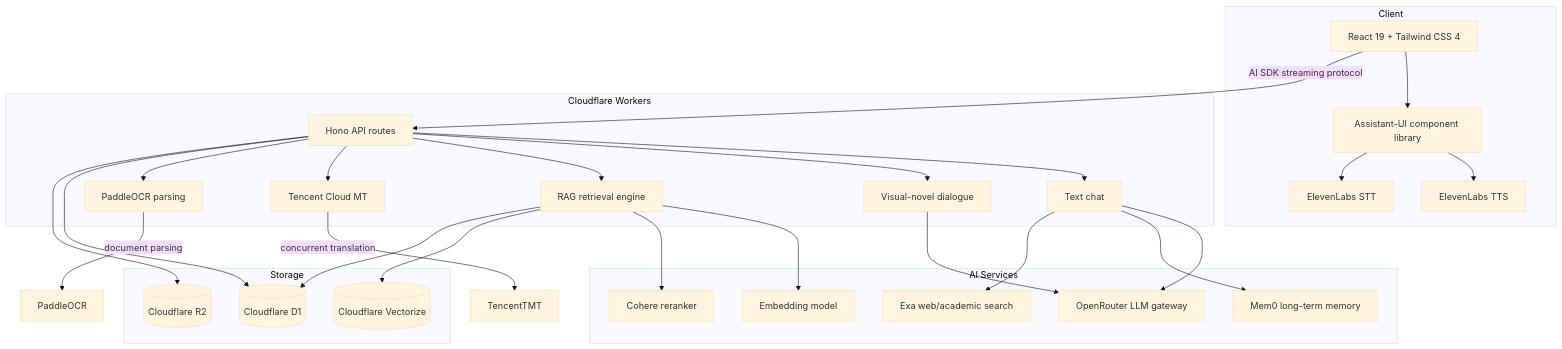
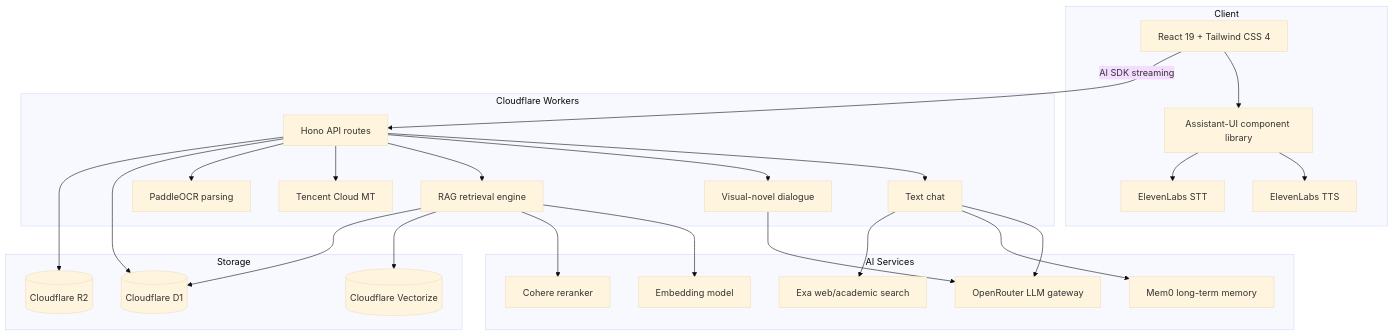
The diagram in README.md (BingoWon/study-dojo), drawn with Mermaid (base theme) before and after one commit. The commit also changed other lines of this file and 1 other file, not shown here.

````diff
--- a/README.md
+++ b/README.md
@@ -86,54 +73,52 @@
 ```mermaid
 graph TB
     subgraph Client
         UI[React 19 + Tailwind CSS 4]
         AUI[Assistant-UI component library]
         TTS[ElevenLabs TTS]
         STT[ElevenLabs STT]
         UI --> AUI
         AUI --> TTS
         AUI --> STT
     end
 
     subgraph Cloudflare Workers
         API[Hono API routes]
         CHAT[Text chat]
         DIAL[Visual-novel dialogue]
         RAG[RAG retrieval engine]
         TRANS[Tencent Cloud MT]
         OCR[PaddleOCR parsing]
         API --> CHAT
         API --> DIAL
         API --> RAG
         API --> TRANS
         API --> OCR
     end
 
     subgraph AI Services
         LLM[OpenRouter LLM gateway]
         EMB[Embedding model]
         RERANK[Cohere reranker]
         MEM[Mem0 long-term memory]
         EXA[Exa web/academic search]
     end
 
     subgraph Storage
         D1[(Cloudflare D1)]
         R2[(Cloudflare R2)]
         VEC[(Cloudflare Vectorize)]
     end
 
-    UI -->|AI SDK streaming protocol| API
+    UI -->|AI SDK streaming| API
     CHAT --> LLM
     DIAL --> LLM
     RAG --> EMB
     RAG --> RERANK
     RAG --> VEC
     CHAT --> MEM
     CHAT --> EXA
-    TRANS -->|concurrent translation| TencentTMT
-    OCR -->|document parsing| PaddleOCR
     API --> D1
     API --> R2
     RAG --> D1
 ```
````
